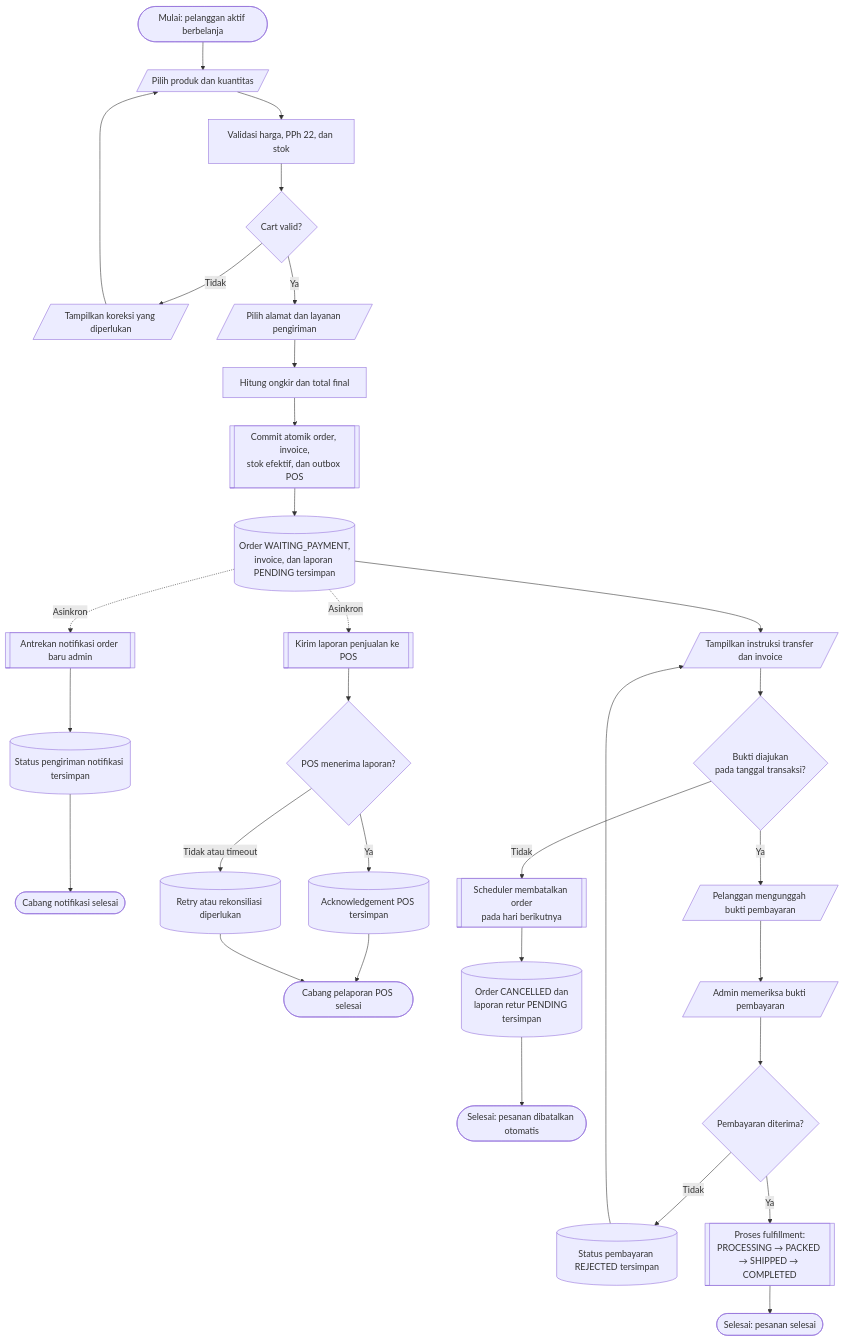
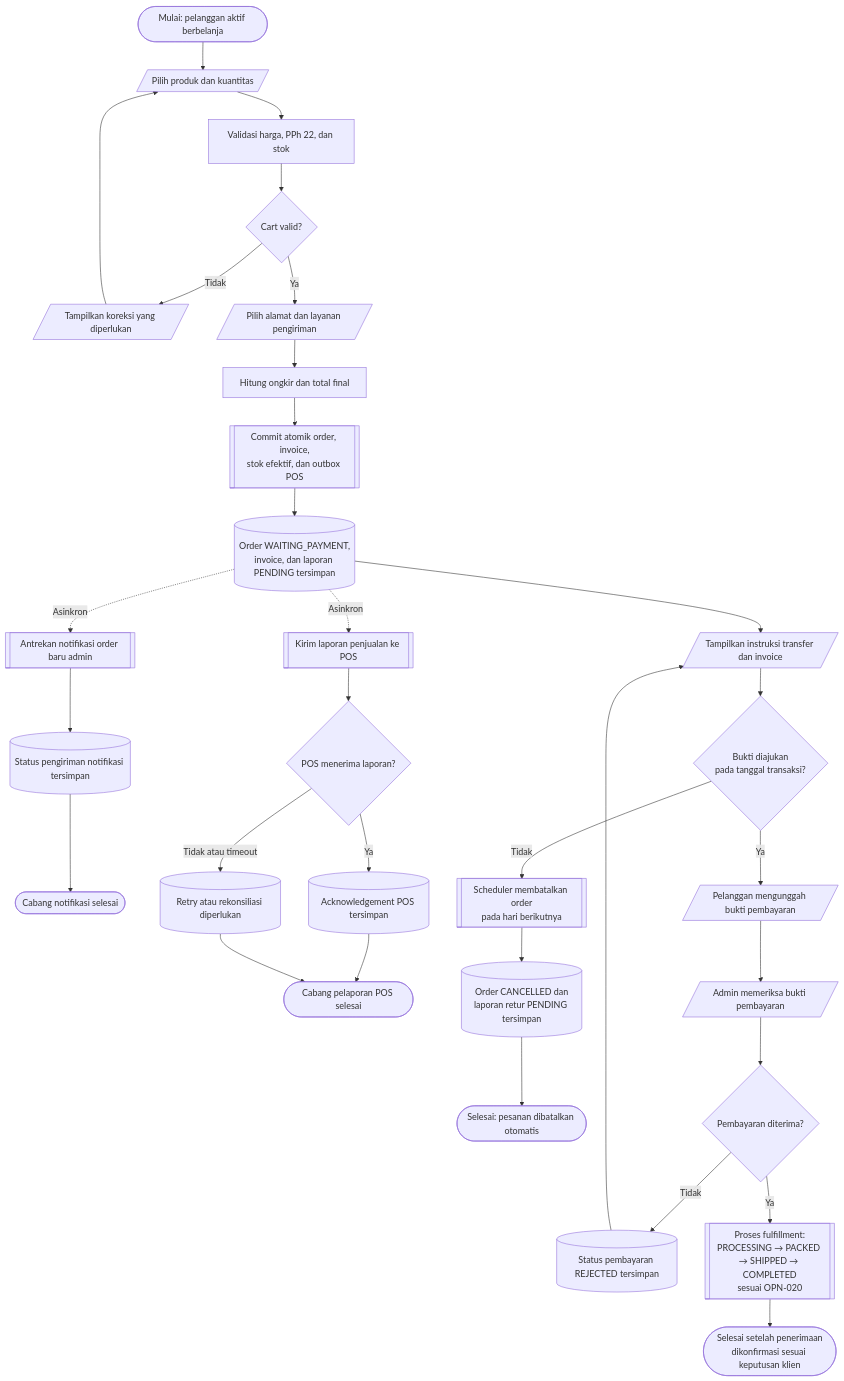
One commit to Webekspres/pixel-komunika changed the third of 4 diagrams in docs/requirements/BRD.md. Above: the diagram before and after it, drawn with Mermaid. The commit also changed other lines of this file and 6 other files, not shown here.

````diff
--- a/docs/requirements/BRD.md
+++ b/docs/requirements/BRD.md
@@ -350,33 +351,33 @@
 ```mermaid
 flowchart TD
     A(["Mulai: pelanggan aktif berbelanja"]) --> B[/"Pilih produk dan kuantitas"/]
     B --> C["Validasi harga, PPh 22, dan stok"]
     C --> D{"Cart valid?"}
     D -->|Tidak| E[/"Tampilkan koreksi yang diperlukan"/]
     E --> B
     D -->|Ya| F[/"Pilih alamat dan layanan pengiriman"/]
     F --> G["Hitung ongkir dan total final"]
     G --> H[["Commit atomik order, invoice,<br/>stok efektif, dan outbox POS"]]
     H --> I[("Order WAITING_PAYMENT,<br/>invoice, dan laporan PENDING tersimpan")]
     I -.->|Asinkron| J[["Antrekan notifikasi order baru admin"]]
     J --> JA[("Status pengiriman notifikasi tersimpan")]
     JA --> JB(["Cabang notifikasi selesai"])
     I -.->|Asinkron| K[["Kirim laporan penjualan ke POS"]]
     K --> L{"POS menerima laporan?"}
     L -->|Ya| M[("Acknowledgement POS tersimpan")]
     L -->|Tidak atau timeout| N[("Retry atau rekonsiliasi diperlukan")]
     M --> KA(["Cabang pelaporan POS selesai"])
     N --> KA
     I --> O[/"Tampilkan instruksi transfer dan invoice"/]
     O --> P{"Bukti diajukan<br/>pada tanggal transaksi?"}
     P -->|Tidak| Q[["Scheduler membatalkan order<br/>pada hari berikutnya"]]
     Q --> R[("Order CANCELLED dan<br/>laporan retur PENDING tersimpan")]
     R --> S(["Selesai: pesanan dibatalkan otomatis"])
     P -->|Ya| T[/"Pelanggan mengunggah bukti pembayaran"/]
     T --> U[/"Admin memeriksa bukti pembayaran"/]
     U --> V{"Pembayaran diterima?"}
     V -->|Tidak| W[("Status pembayaran REJECTED tersimpan")]
     W --> O
-    V -->|Ya| X[["Proses fulfillment:<br/>PROCESSING → PACKED → SHIPPED → COMPLETED"]]
-    X --> Y(["Selesai: pesanan selesai"])
+    V -->|Ya| X[["Proses fulfillment:<br/>PROCESSING → PACKED → SHIPPED → COMPLETED<br/>sesuai OPN-020"]]
+    X --> Y(["Selesai setelah penerimaan<br/>dikonfirmasi sesuai keputusan klien"])
 ```
````
